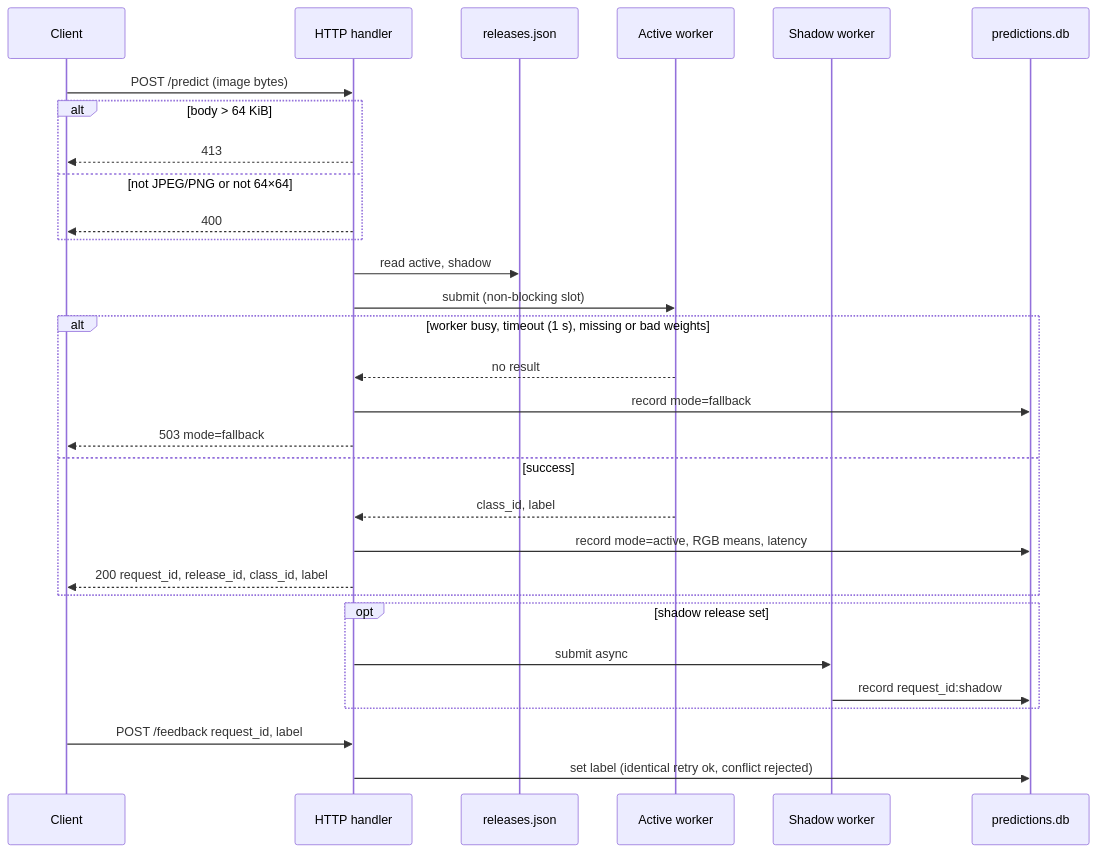
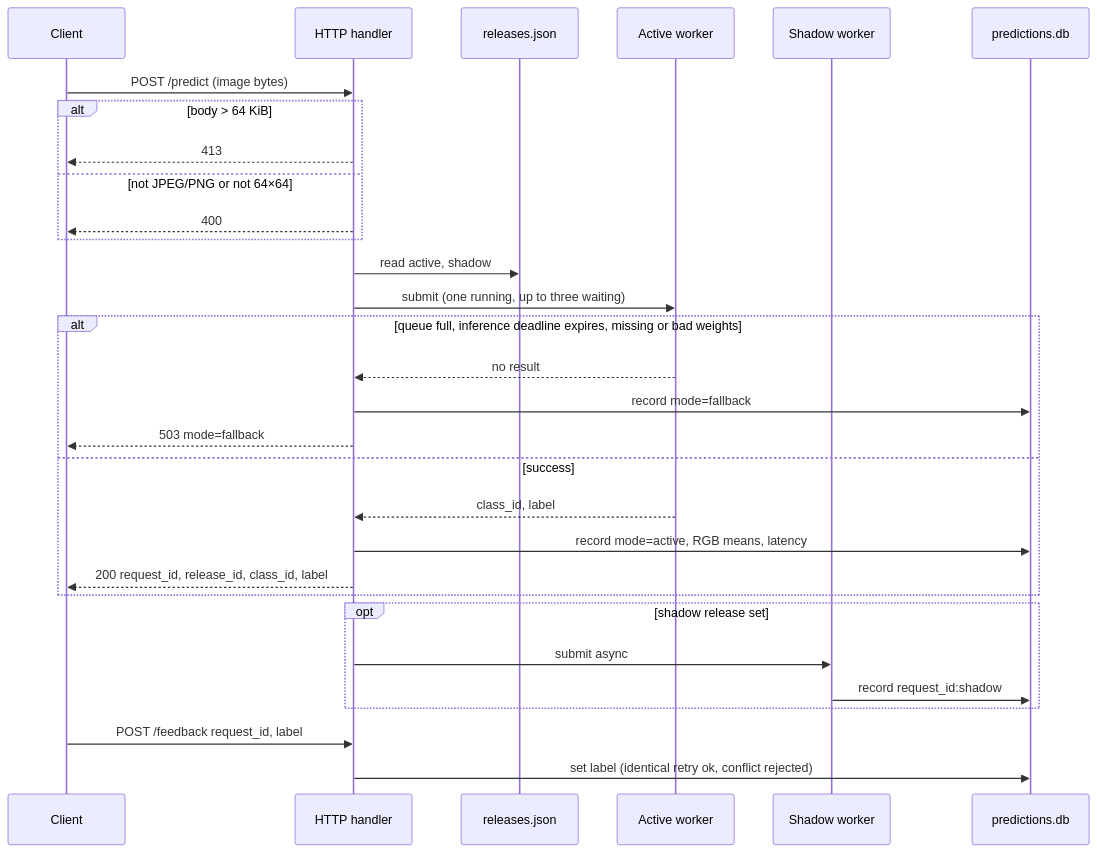
One commit to sunnakh/tiny-imagenet-ml-system changed the fifth of 7 diagrams in docs/design.md. Above: the diagram before and after it, drawn with Mermaid. The commit also changed other lines of this file and 2 other files, not shown here.

Commit message:
docs: record inference queue results

````diff
--- a/docs/design.md
+++ b/docs/design.md
@@ -170,33 +170,33 @@
 ```mermaid
 sequenceDiagram
     participant C as Client
     participant H as HTTP handler
     participant R as releases.json
     participant A as Active worker
     participant S as Shadow worker
     participant M as predictions.db
 
     C->>H: POST /predict (image bytes)
     alt body > 64 KiB
         H-->>C: 413
     else not JPEG/PNG or not 64×64
         H-->>C: 400
     end
     H->>R: read active, shadow
-    H->>A: submit (non-blocking slot)
-    alt worker busy, timeout (1 s), missing or bad weights
+    H->>A: submit (one running, up to three waiting)
+    alt queue full, inference deadline expires, missing or bad weights
         A-->>H: no result
         H->>M: record mode=fallback
         H-->>C: 503 mode=fallback
     else success
         A-->>H: class_id, label
         H->>M: record mode=active, RGB means, latency
         H-->>C: 200 request_id, release_id, class_id, label
     end
     opt shadow release set
         H->>S: submit async
         S->>M: record request_id:shadow
     end
     C->>H: POST /feedback request_id, label
     H->>M: set label (identical retry ok, conflict rejected)
 ```
````
